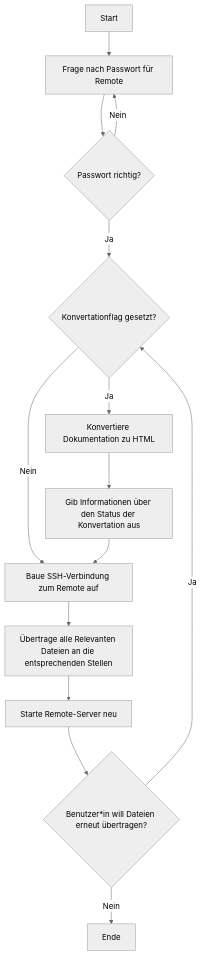
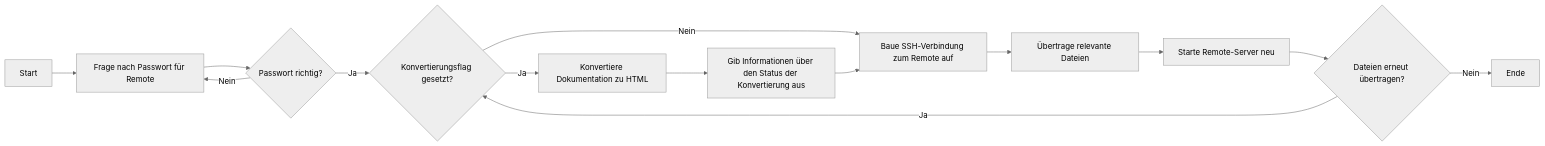
One commit to scaui0/scaui0.github.io changed the first of 3 diagrams in docs/diary.md. Above: the diagram before and after it, drawn with Mermaid (neutral theme). The commit also changed other lines of this file and 3 other files, not shown here.

````diff
--- a/docs/diary.md
+++ b/docs/diary.md
@@ -294,16 +294,16 @@
 ```mermaid
-graph TD
+graph LR
     A[Start] --> B[Frage nach Passwort für Remote]
     B --> C{Passwort richtig?}
     C -->|Nein| B
-    C -->|Ja| D{Konvertationflag gesetzt?}
+    C -->|Ja| D{Konvertierungsflag gesetzt?}
     D -->|Nein| G[Baue SSH-Verbindung zum Remote auf]
     D -->|Ja| E[Konvertiere Dokumentation zu HTML]
-    E --> F[Gib Informationen über den Status der Konvertation aus]
+    E --> F[Gib Informationen über den Status der Konvertierung aus]
     F --> G
-    G --> H[Übertrage alle Relevanten Dateien an die entsprechenden Stellen]
+    G --> H[Übertrage relevante Dateien]
     H --> I[Starte Remote-Server neu]
-    I --> J{Benutzer*in will Dateien erneut übertragen?}
+    I --> J{Dateien erneut übertragen?}
     J -->|Ja| D
     J -->|Nein| K[Ende]
 ```
````
